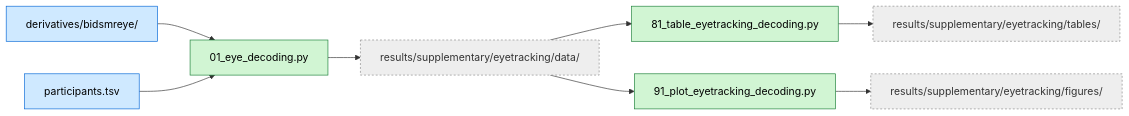
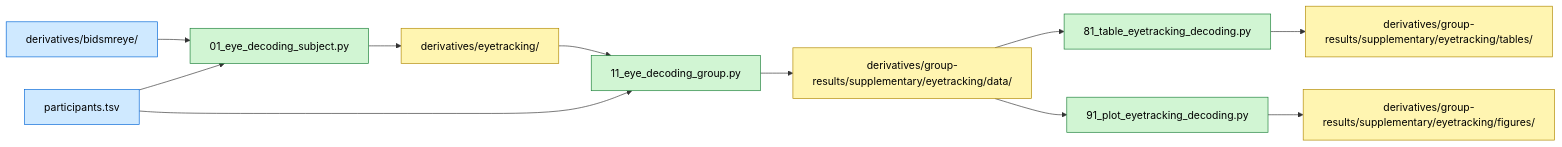
One commit to costantinoai/chess-expertise-2025 changed the diagram in chess-supplementary/eyetracking/README.md. Above: the diagram before and after it, drawn with Mermaid. The commit also changed other lines of this file and 59 other files, not shown here.

````diff
--- a/chess-supplementary/eyetracking/README.md
+++ b/chess-supplementary/eyetracking/README.md
@@ -16,23 +17,29 @@
 ```mermaid
 flowchart LR
-  classDef in fill:#cfe9ff,stroke:#0366d6,color:#000
-  classDef sc fill:#d1f5d3,stroke:#1a7f37,color:#000
-  classDef rl fill:#eee,stroke:#888,stroke-dasharray:3 3,color:#333
+ classDef in fill:#cfe9ff,stroke:#0366d6,color:#000
+ classDef out fill:#fff5b1,stroke:#b08800,color:#000
+ classDef sc fill:#d1f5d3,stroke:#1a7f37,color:#000
 
-  PT[participants.tsv]:::in
-  ETR[derivatives/bidsmreye/]:::in
+ PT[participants.tsv]:::in
+ ETR[derivatives/bidsmreye/]:::in
 
-  E01["01_eye_decoding.py"]:::sc
-  E81["81_table_eyetracking_decoding.py"]:::sc
-  E91["91_plot_eyetracking_decoding.py"]:::sc
-  DATA["results/supplementary/eyetracking/data/"]:::rl
-  TABLES["results/supplementary/eyetracking/tables/"]:::rl
-  FIGURES["results/supplementary/eyetracking/figures/"]:::rl
+ E01["01_eye_decoding_subject.py"]:::sc
+ E11["11_eye_decoding_group.py"]:::sc
+ E81["81_table_eyetracking_decoding.py"]:::sc
+ E91["91_plot_eyetracking_decoding.py"]:::sc
+ DERIV[derivatives/eyetracking/]:::out
+ DATA["derivatives/group-results/supplementary/eyetracking/data/"]:::out
+ TABLES["derivatives/group-results/supplementary/eyetracking/tables/"]:::out
+ FIGURES["derivatives/group-results/supplementary/eyetracking/figures/"]:::out
 
-  ETR --> E01
-  PT --> E01
-  E01 --> DATA
+ ETR --> E01
+ PT --> E01
+ E01 --> DERIV
 
-  DATA --> E81 --> TABLES
-  DATA --> E91 --> FIGURES
+ DERIV --> E11
+ PT --> E11
+ E11 --> DATA
+
+ DATA --> E81 --> TABLES
+ DATA --> E91 --> FIGURES
 ```
````
